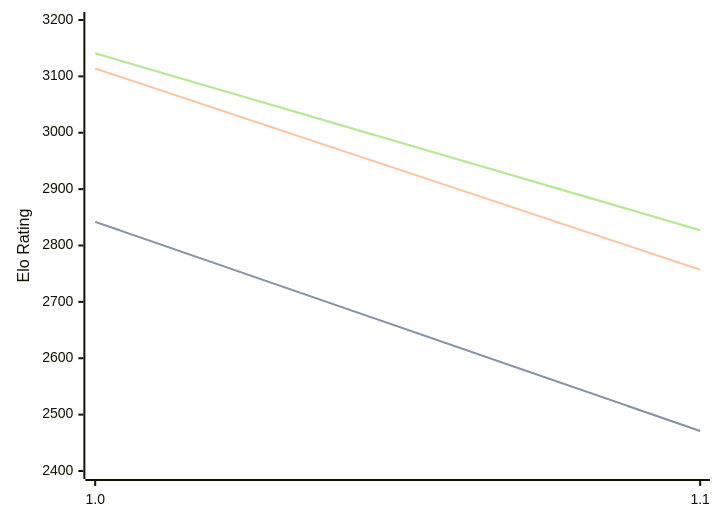
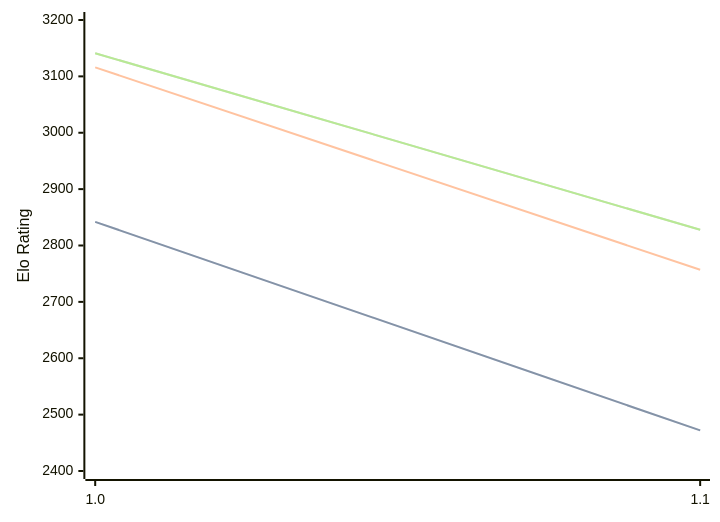
One commit to computer-chess-index/cci changed the diagram in engines/Publius.md. Above: the diagram before and after it, drawn with Mermaid. The commit also changed other lines of this file, not shown here.

Commit message:
Update CCI Ratings (ELO VLTC) - 2026-10-08

````diff
--- a/engines/Publius.md
+++ b/engines/Publius.md
@@ -32,11 +32,11 @@
 ```mermaid
 %%{init: {"theme":"base","themeVariables":{"seriesColors:['#a3a3a3','#222221','#faa371']}}}%%
 xychart-beta
   x-axis ["1.0", "1.1"]
   y-axis "Elo Rating" 2400 --> 3200
-  line "" [2842, 2471]
-  line "STC (8.0+0.08s)" [2842, 2471]
-  line "LTC (60.0+0.60s)" [3114, 2757]
-  line "" [3141, 2827]
-  line "VLTC (2m24s+1.12s)" [3141, 2827]
+  line "" [2842, 2472]
+  line "STC (8.0+0.08s)" [2842, 2472]
+  line "LTC (60.0+0.60s)" [3116, 2757]
+  line "" [3141, 2828]
+  line "VLTC (2m24s+1.12s)" [3141, 2828]
 ```
````
